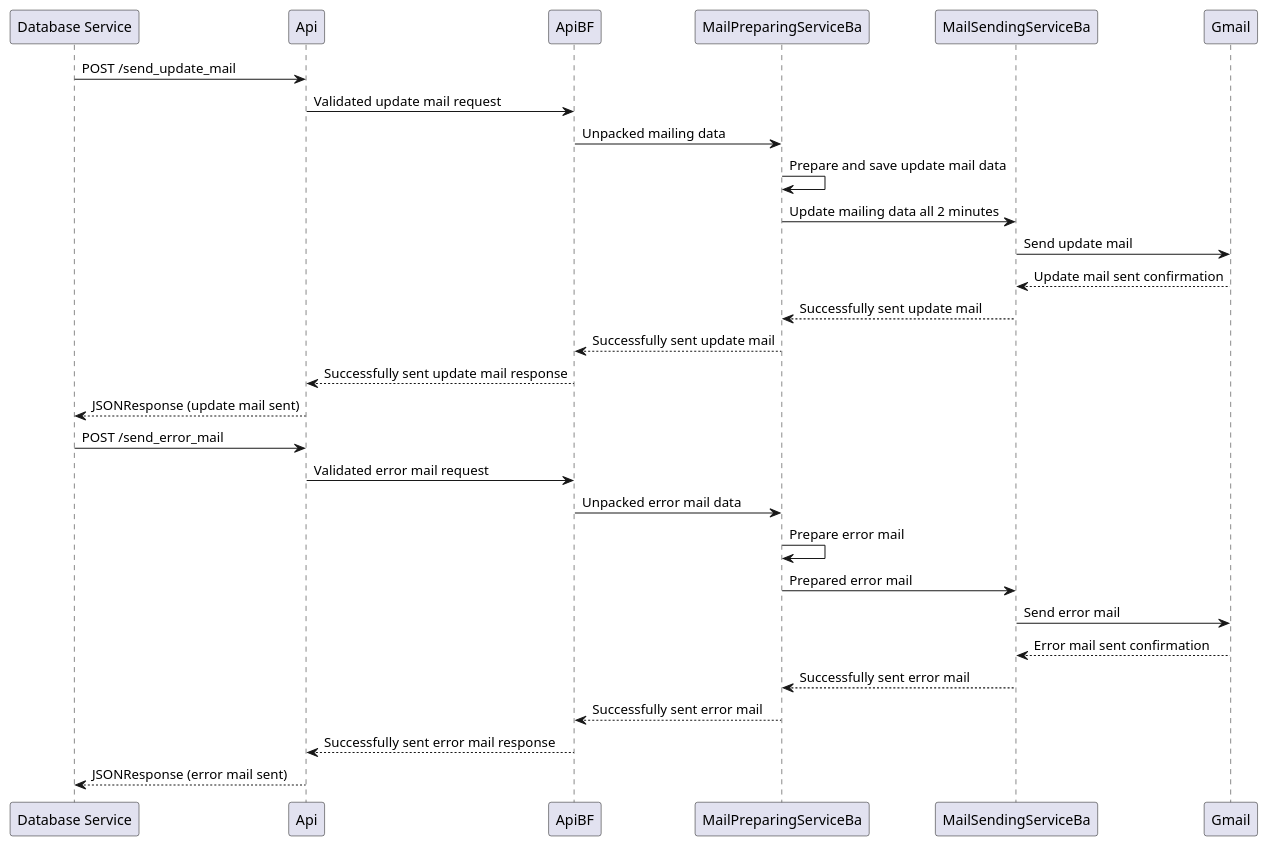
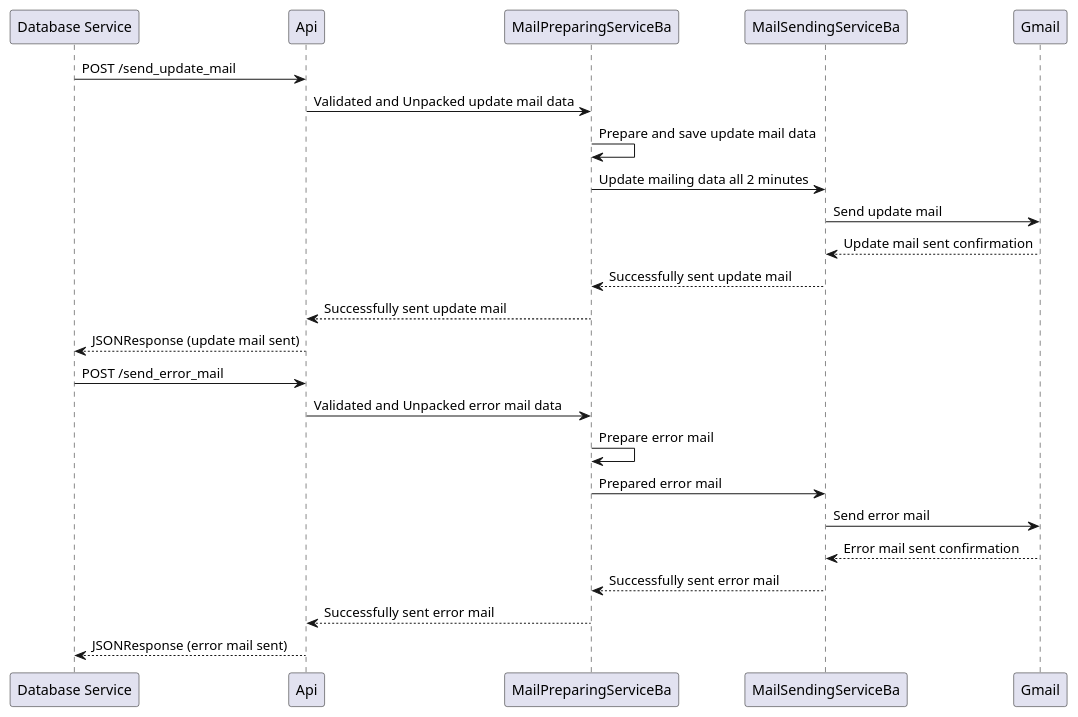
The diagram in doc/documentation/services/mailing_service/sequence_diagram.puml (Marcey1611/stock-tracker-project-sysad-ws2425), drawn with PlantUML before and after one commit. The commit also changed 1 other file, not shown here.

Commit message:
SYSAD-54: Updated diagrams

```diff
--- a/doc/documentation/services/mailing_service/sequence_diagram.puml
+++ b/doc/documentation/services/mailing_service/sequence_diagram.puml
@@ -1,34 +1,29 @@
 @startuml
 
 participant "Database Service" as Database
 participant "Api" as API
-participant "ApiBF" as ApiBF
 participant "MailPreparingServiceBa" as MailPreparingService
 participant "MailSendingServiceBa" as MailSendingService
 participant "Gmail" as Gmail
 
 Database -> API: POST /send_update_mail
-API -> ApiBF: Validated update mail request
-ApiBF -> MailPreparingService: Unpacked mailing data
+API -> MailPreparingService: Validated and Unpacked update mail data
 MailPreparingService -> MailPreparingService: Prepare and save update mail data
 MailPreparingService -> MailSendingService: Update mailing data all 2 minutes
 MailSendingService -> Gmail: Send update mail
 Gmail --> MailSendingService: Update mail sent confirmation
 MailSendingService --> MailPreparingService: Successfully sent update mail
-MailPreparingService --> ApiBF: Successfully sent update mail
-ApiBF --> API: Successfully sent update mail response
+MailPreparingService --> API: Successfully sent update mail 
 API --> Database: JSONResponse (update mail sent)
 
 Database -> API: POST /send_error_mail
-API -> ApiBF: Validated error mail request
-ApiBF -> MailPreparingService: Unpacked error mail data
+API -> MailPreparingService: Validated and Unpacked error mail data
 MailPreparingService -> MailPreparingService: Prepare error mail
 MailPreparingService -> MailSendingService: Prepared error mail
 MailSendingService -> Gmail: Send error mail
 Gmail --> MailSendingService: Error mail sent confirmation
 MailSendingService --> MailPreparingService: Successfully sent error mail
-MailPreparingService --> ApiBF: Successfully sent error mail
-ApiBF --> API: Successfully sent error mail response
+MailPreparingService --> API: Successfully sent error mail
 API --> Database: JSONResponse (error mail sent)
 
 @enduml
```
